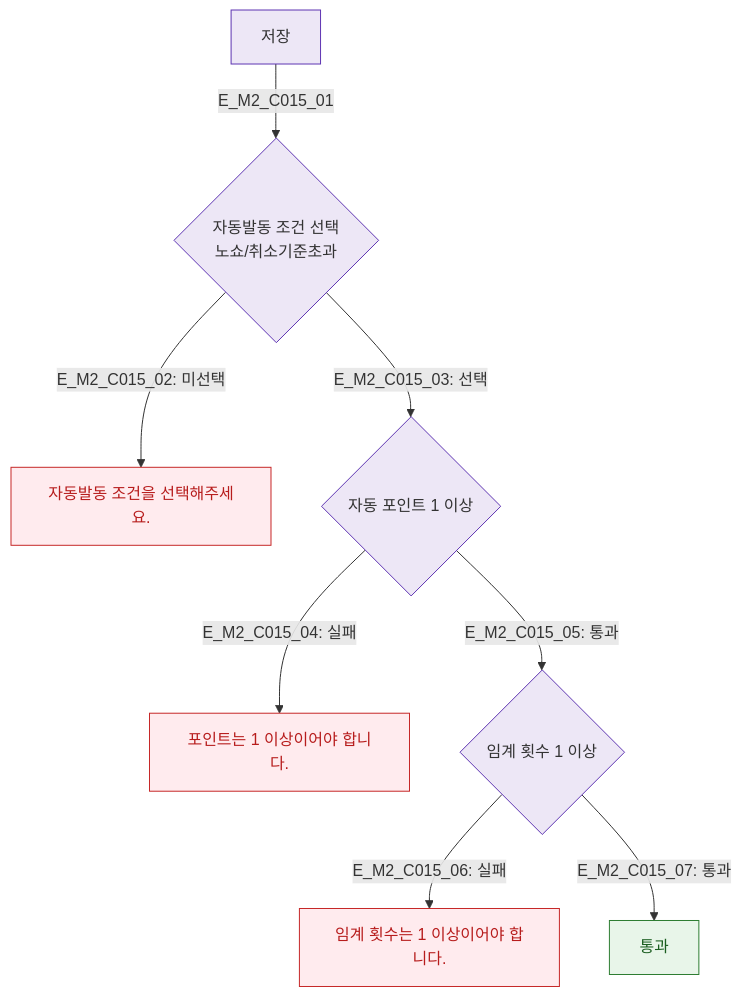
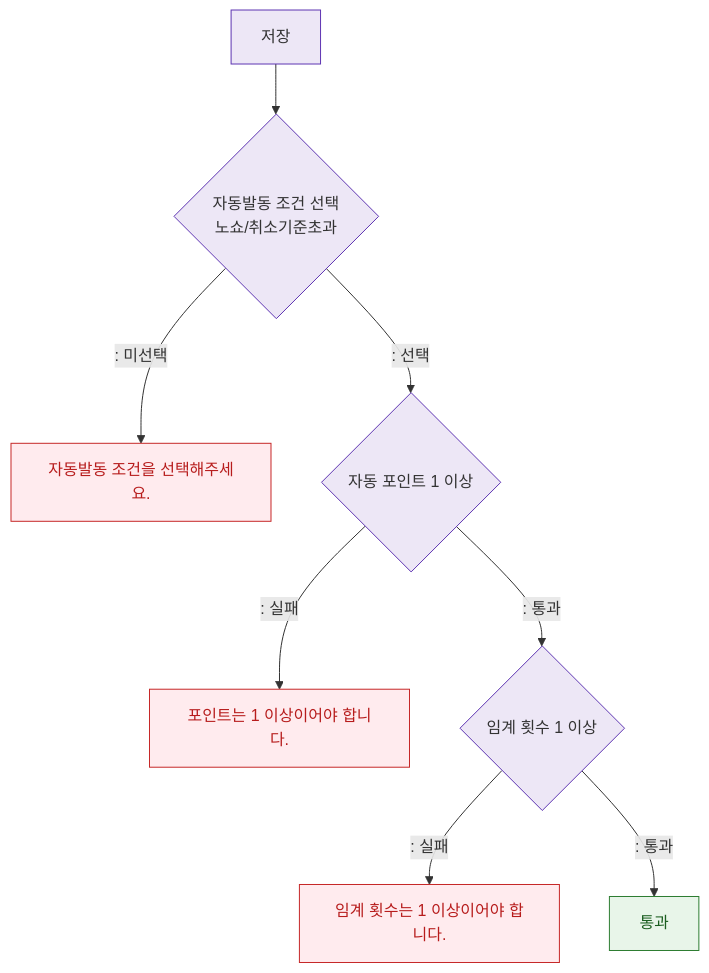
Before and after one commit to dev-spogym/admin-pando: the diagram in docs/다이어그램/D04_수업관리/DLG/DLG-C015_자동페널티정책/M2_필드검증.md, drawn with Mermaid. The commit also changed other lines of this file and 1660 other files, not shown here.

First line of the commit message:
다이어그램: 기획자/클라이언트 납품본으로 정리

````diff
--- a/docs/다이어그램/D04_수업관리/DLG/DLG-C015_자동페널티정책/M2_필드검증.md
+++ b/docs/다이어그램/D04_수업관리/DLG/DLG-C015_자동페널티정책/M2_필드검증.md
@@ -20,17 +18,17 @@
 ```mermaid
 flowchart TD
-  Save[저장] -->|E_M2_C015_01| V_Trigger{자동발동 조건 선택\n노쇼/취소기준초과}
-  V_Trigger -->|"E_M2_C015_02: 미선택"| E_Trigger[자동발동 조건을 선택해주세요.]
-  V_Trigger -->|"E_M2_C015_03: 선택"| V_Point{자동 포인트 1 이상}
-  V_Point -->|"E_M2_C015_04: 실패"| E_Point[포인트는 1 이상이어야 합니다.]
-  V_Point -->|"E_M2_C015_05: 통과"| V_Threshold{임계 횟수 1 이상}
-  V_Threshold -->|"E_M2_C015_06: 실패"| E_Threshold[임계 횟수는 1 이상이어야 합니다.]
-  V_Threshold -->|"E_M2_C015_07: 통과"| AllPass[통과]
+  Save[저장] --> V_Trigger{자동발동 조건 선택\n노쇼/취소기준초과}
+  V_Trigger -->|": 미선택"|E_Trigger[자동발동 조건을 선택해주세요.]
+  V_Trigger -->|": 선택"|V_Point{자동 포인트 1 이상}
+  V_Point -->|": 실패"|E_Point[포인트는 1 이상이어야 합니다.]
+  V_Point -->|": 통과"|V_Threshold{임계 횟수 1 이상}
+  V_Threshold -->|": 실패"|E_Threshold[임계 횟수는 1 이상이어야 합니다.]
+  V_Threshold -->|": 통과"|AllPass[통과]
 
   classDef system fill:#EDE7F6,stroke:#5E35B2
   classDef error fill:#FFEBEE,stroke:#C62828,color:#B71C1C
   classDef success fill:#E8F5E9,stroke:#2E7D32,color:#1B5E20
   class Save,V_Trigger,V_Point,V_Threshold system
   class E_Trigger,E_Point,E_Threshold error
   class AllPass success
 ```
````
